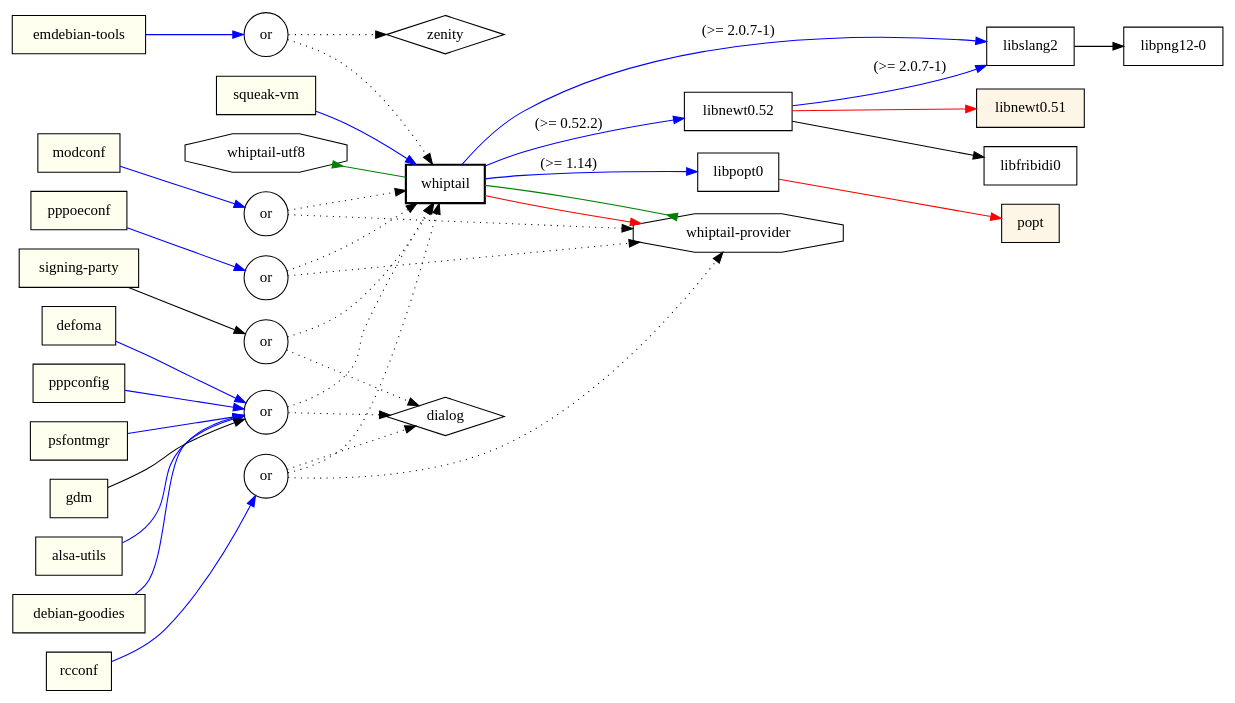
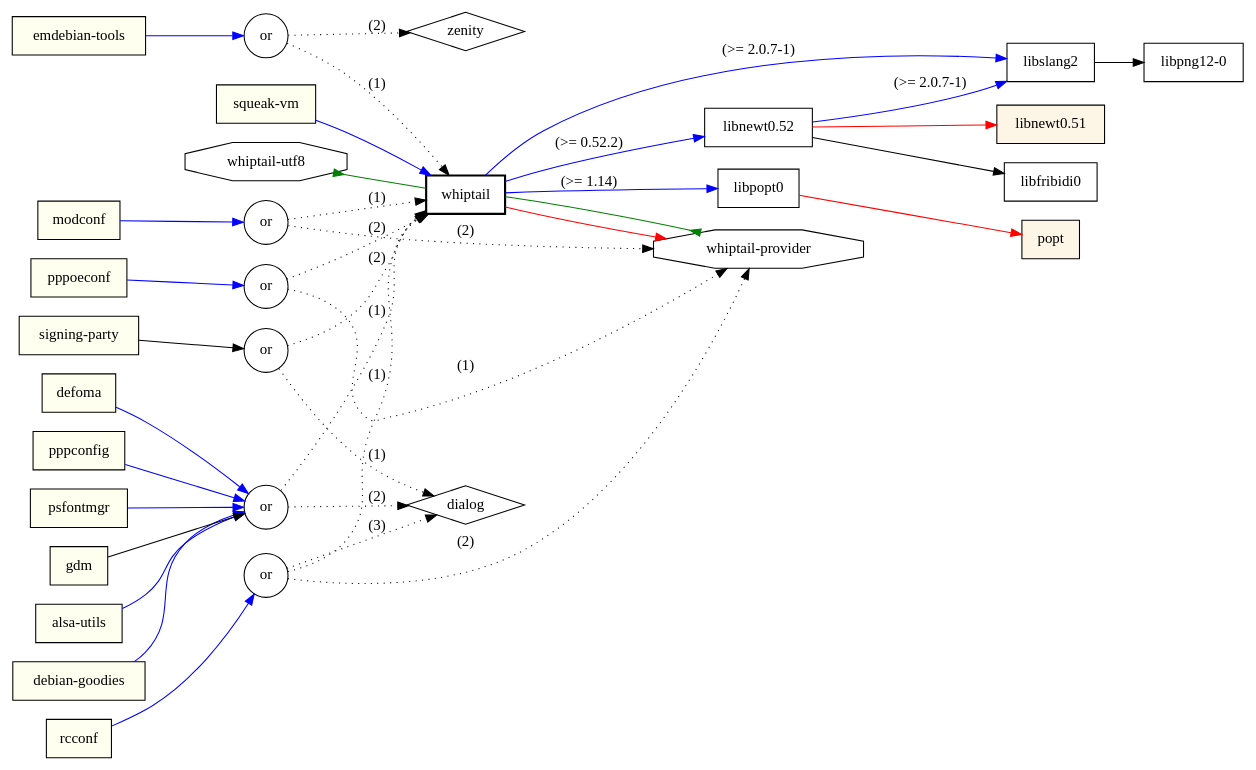
The diagram in testset/test4.dot (juandesant/debtree), drawn with Graphviz before and after one commit. The commit also changed 2 other files, not shown here.

```diff
--- a/testset/test4.dot
+++ b/testset/test4.dot
@@ -1,70 +1,70 @@
 digraph "whiptail" {
 	rankdir=LR;
 	node [shape=box];
 	"whiptail" -> "libnewt0.52" [color=blue,label="(>= 0.52.2)"];
 	"libnewt0.52" -> "libslang2" [color=blue,label="(>= 2.0.7-1)"];
 	"libslang2" -> "libpng12-0";
 	"libnewt0.52" -> "libfribidi0";
 	"libnewt0.52" -> "libnewt0.51" [color=red];
 	"whiptail" -> "libpopt0" [color=blue,label="(>= 1.14)"];
 	"libpopt0" -> "popt" [color=red];
 	"whiptail" -> "libslang2" [color=blue,label="(>= 2.0.7-1)"];
 	"whiptail" -> "whiptail-provider" [color=red];
 	"whiptail-provider" -> "whiptail" [dir=back,arrowtail=inv,color=green];
 	"whiptail-provider" [shape=octagon];
 	"whiptail-utf8" -> "whiptail" [dir=back,arrowtail=inv,color=green];
 	"whiptail-utf8" [shape=octagon];
-	"pds1" -> "whiptail" [style=dotted];
-	"pds1" -> "dialog" [style=dotted];
+	"pds1" -> "whiptail" [style=dotted,label="(1)"];
+	"pds1" -> "dialog" [style=dotted,label="(2)"];
 	"pds1" [shape=circle,label=or];
 	"alsa-utils" -> "pds1" [color=blue];
 	"debian-goodies" -> "pds1" [color=blue];
 	"defoma" -> "pds1" [color=blue];
-	"pds2" -> "whiptail" [style=dotted];
-	"pds2" -> "zenity" [style=dotted];
+	"pds2" -> "whiptail" [style=dotted,label="(1)"];
+	"pds2" -> "zenity" [style=dotted,label="(2)"];
 	"pds2" [shape=circle,label=or];
 	"emdebian-tools" -> "pds2" [color=blue];
-	"pds3" -> "whiptail" [style=dotted];
-	"pds3" -> "whiptail-provider" [style=dotted];
+	"pds3" -> "whiptail" [style=dotted,label="(1)"];
+	"pds3" -> "whiptail-provider" [style=dotted,label="(2)"];
 	"pds3" [shape=circle,label=or];
 	"modconf" -> "pds3" [color=blue];
 	"pppconfig" -> "pds1" [color=blue];
-	"pds4" -> "whiptail-provider" [style=dotted];
-	"pds4" -> "whiptail" [style=dotted];
+	"pds4" -> "whiptail-provider" [style=dotted,label="(1)"];
+	"pds4" -> "whiptail" [style=dotted,label="(2)"];
 	"pds4" [shape=circle,label=or];
 	"pppoeconf" -> "pds4" [color=blue];
 	"psfontmgr" -> "pds1" [color=blue];
-	"pds5" -> "whiptail" [style=dotted];
-	"pds5" -> "whiptail-provider" [style=dotted];
-	"pds5" -> "dialog" [style=dotted];
+	"pds5" -> "whiptail" [style=dotted,label="(1)"];
+	"pds5" -> "whiptail-provider" [style=dotted,label="(2)"];
+	"pds5" -> "dialog" [style=dotted,label="(3)"];
 	"pds5" [shape=circle,label=or];
 	"rcconf" -> "pds5" [color=blue];
 	"squeak-vm" -> "whiptail" [color=blue];
 	"gdm" -> "pds1";
-	"pds6" -> "dialog" [style=dotted];
-	"pds6" -> "whiptail" [style=dotted];
+	"pds6" -> "dialog" [style=dotted,label="(1)"];
+	"pds6" -> "whiptail" [style=dotted,label="(2)"];
 	"pds6" [shape=circle,label=or];
 	"signing-party" -> "pds6";
 	"alsa-utils" [style=filled,fillcolor=ivory];
 	"debian-goodies" [style=filled,fillcolor=ivory];
 	"defoma" [style=filled,fillcolor=ivory];
 	"emdebian-tools" [style=filled,fillcolor=ivory];
 	"modconf" [style=filled,fillcolor=ivory];
 	"pppconfig" [style=filled,fillcolor=ivory];
 	"pppoeconf" [style=filled,fillcolor=ivory];
 	"psfontmgr" [style=filled,fillcolor=ivory];
 	"rcconf" [style=filled,fillcolor=ivory];
 	"squeak-vm" [style=filled,fillcolor=ivory];
 	"gdm" [style=filled,fillcolor=ivory];
 	"signing-party" [style=filled,fillcolor=ivory];
 	"modconf" [style=filled,fillcolor=ivory];
 	"pppoeconf" [style=filled,fillcolor=ivory];
 	"rcconf" [style=filled,fillcolor=ivory];
 	"whiptail" [style="setlinewidth(2)"]
 	"libnewt0.51" [style=filled,fillcolor=oldlace];
 	"popt" [style=filled,fillcolor=oldlace];
 	"dialog" [shape=diamond];
 	"zenity" [shape=diamond];
 }
 // Excluded dependencies:
 // libc6 zlib1g
```
